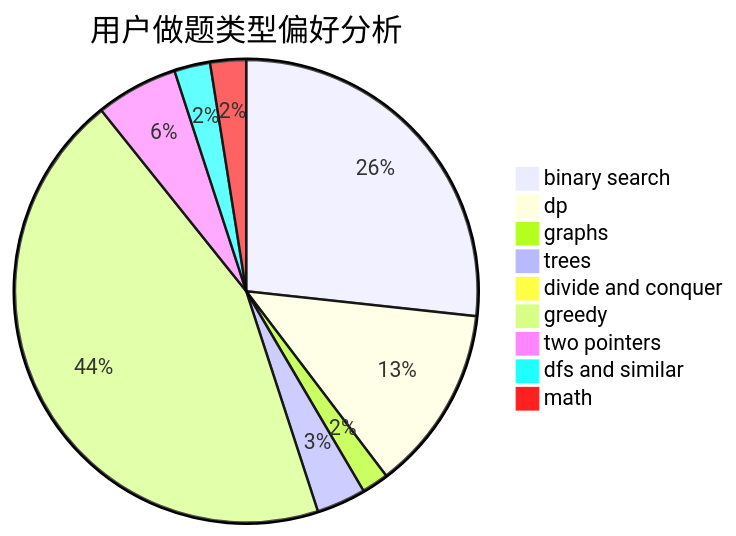
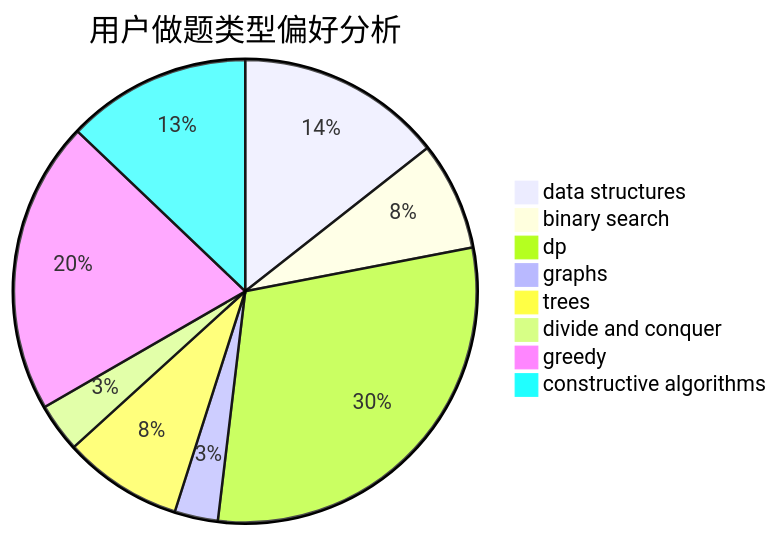
The second of 3 diagrams in docs/user/u2203.md (sherpahu/cfrs.github.io), drawn with Mermaid before and after one commit. The commit also changed other lines of this file and 2775 other files, not shown here.

````diff
--- a/docs/user/u2203.md
+++ b/docs/user/u2203.md
@@ -23,12 +23,11 @@
 ```mermaid
 pie title 用户做题类型偏好分析
-    "binary search" :  256
-    "dp" :  124
-    "graphs" :  18
-    "trees" :  33
+    "data structures" :  38
+    "binary search" :  20
+    "dp" :  79
+    "graphs" :  8
+    "trees" :  22
     "divide and conquer" :  9
-    "greedy" :  424
-    "two pointers" :  55
-    "dfs and similar" :  24
-    "math" :  24
+    "greedy" :  54
+    "constructive algorithms" :  34
 ```
````
